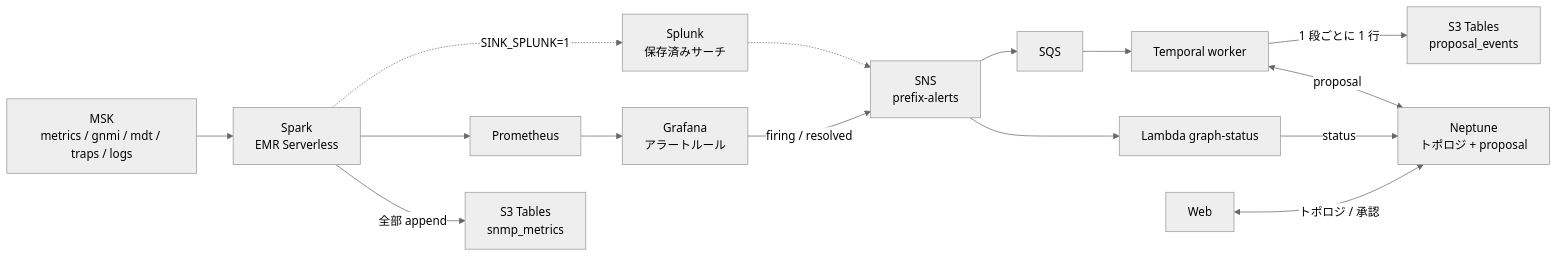
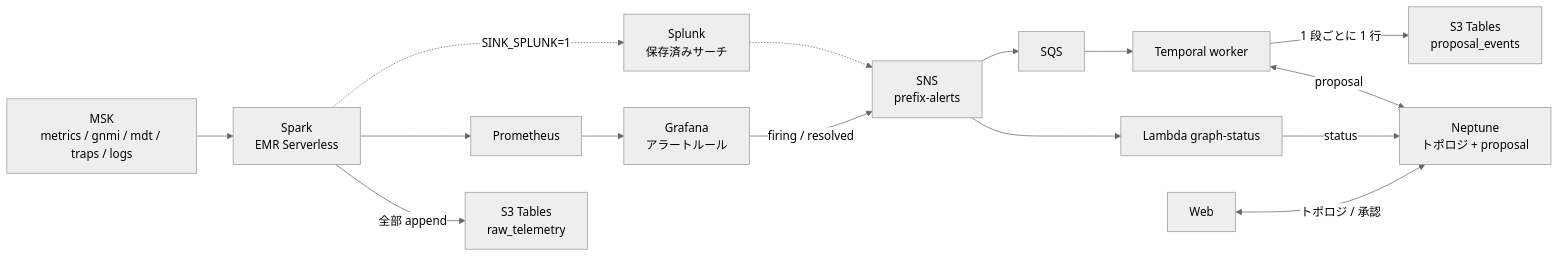
One commit to eddie-eights/nwc-poc changed the first of 2 diagrams in docs/data-stores.md. Above: the diagram before and after it, drawn with Mermaid (neutral theme). The commit also changed other lines of this file and 10 other files, not shown here.

First line of the commit message:
S3 Tables の生データのテーブル名を snmp_metrics から raw_telemetry に変えた（全トピックが入るので SNMP のメトリクスだけに見えない名前に）

````diff
--- a/docs/data-stores.md
+++ b/docs/data-stores.md
@@ -28,14 +28,14 @@
 ```mermaid
 flowchart LR
   MSK["MSK<br/>metrics / gnmi / mdt / traps / logs"] --> SPARK["Spark<br/>EMR Serverless"]
-  SPARK -->|"全部 append"| ICE["S3 Tables<br/>snmp_metrics"]
+  SPARK -->|"全部 append"| ICE["S3 Tables<br/>raw_telemetry"]
   SPARK --> PROM["Prometheus"] --> GRAF["Grafana<br/>アラートルール"]
   SPARK -.->|"SINK_SPLUNK=1"| SPL["Splunk<br/>保存済みサーチ"]
   GRAF -->|"firing / resolved"| SNS["SNS<br/>prefix-alerts"]
   SPL -.-> SNS
   SNS --> GL["Lambda graph-status"] -->|"status"| NEP["Neptune<br/>トポロジ + proposal"]
   SNS --> SQS["SQS"] --> WK["Temporal worker"]
   WK <-->|"proposal"| NEP
   WK -->|"1 段ごとに 1 行"| PEV["S3 Tables<br/>proposal_events"]
   WEB["Web"] <-->|"トポロジ / 承認"| NEP
 ```
````
